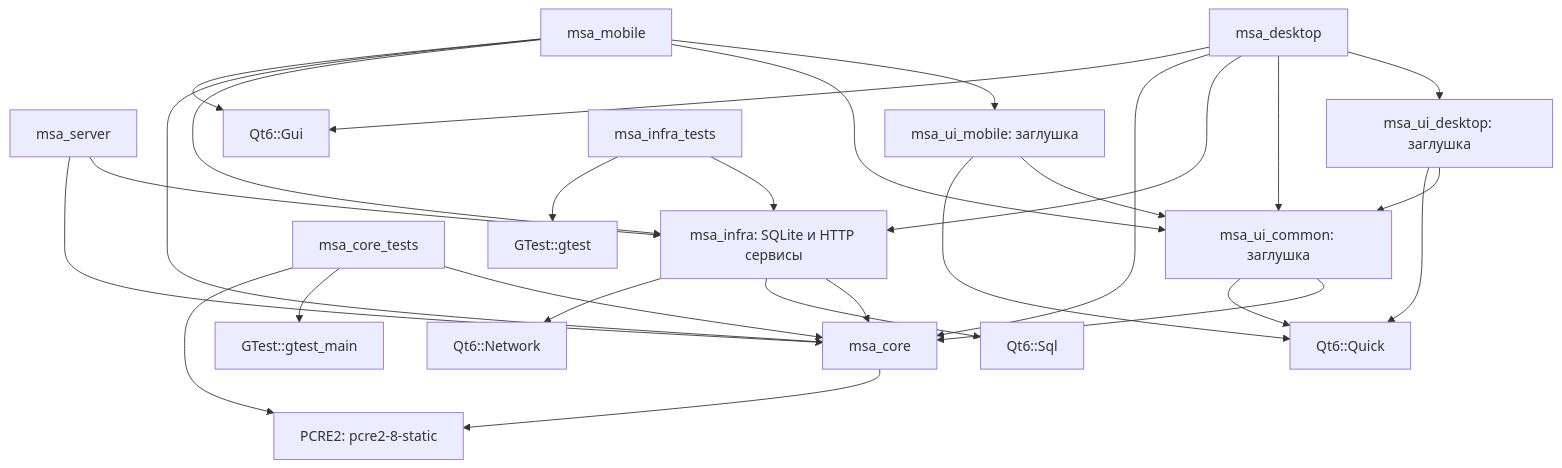
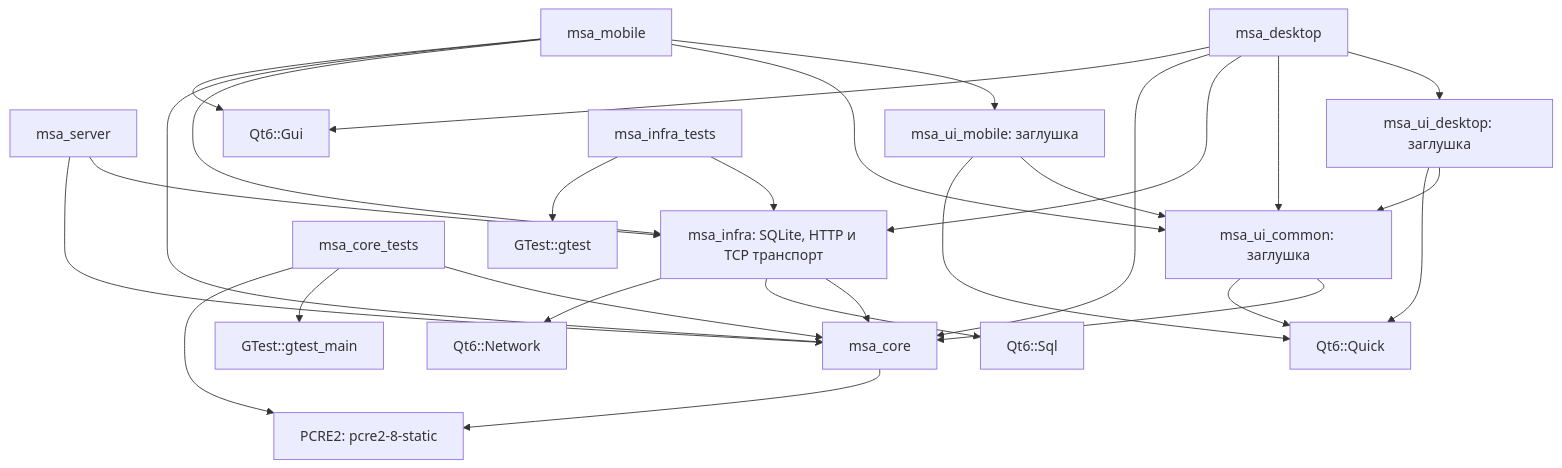
The first of 3 diagrams in docs/architecture.md (TasFoma/MySuperAssistant), drawn with Mermaid before and after one commit. The commit also changed other lines of this file and 11 other files, not shown here.

Commit message:
feat: add authenticated TCP protocol server

````diff
--- a/docs/architecture.md
+++ b/docs/architecture.md
@@ -78,30 +81,30 @@
 ```mermaid
 flowchart TD
-    server[msa_server] --> infra[msa_infra: SQLite и HTTP сервисы]
+    server[msa_server] --> infra[msa_infra: SQLite, HTTP и TCP транспорт]
     server --> core[msa_core]
     desktop[msa_desktop] --> desktopUI[msa_ui_desktop: заглушка]
     desktop --> common[msa_ui_common: заглушка]
     desktop --> infra
     desktop --> core
     desktop --> gui[Qt6::Gui]
     mobile[msa_mobile] --> mobileUI[msa_ui_mobile: заглушка]
     mobile --> common
     mobile --> infra
     mobile --> core
     mobile --> gui
     desktopUI --> common
     desktopUI --> quick[Qt6::Quick]
     mobileUI --> common
     mobileUI --> quick
     common --> core
     common --> quick
     infra --> core
     infra --> sql[Qt6::Sql]
     infra --> network[Qt6::Network]
     core --> pcre[PCRE2: pcre2-8-static]
     tests[msa_core_tests] --> core
     tests --> gtest[GTest::gtest_main]
     tests --> pcre
     infraTests[msa_infra_tests] --> infra
     infraTests --> infraGtest[GTest::gtest]
 ```
````
